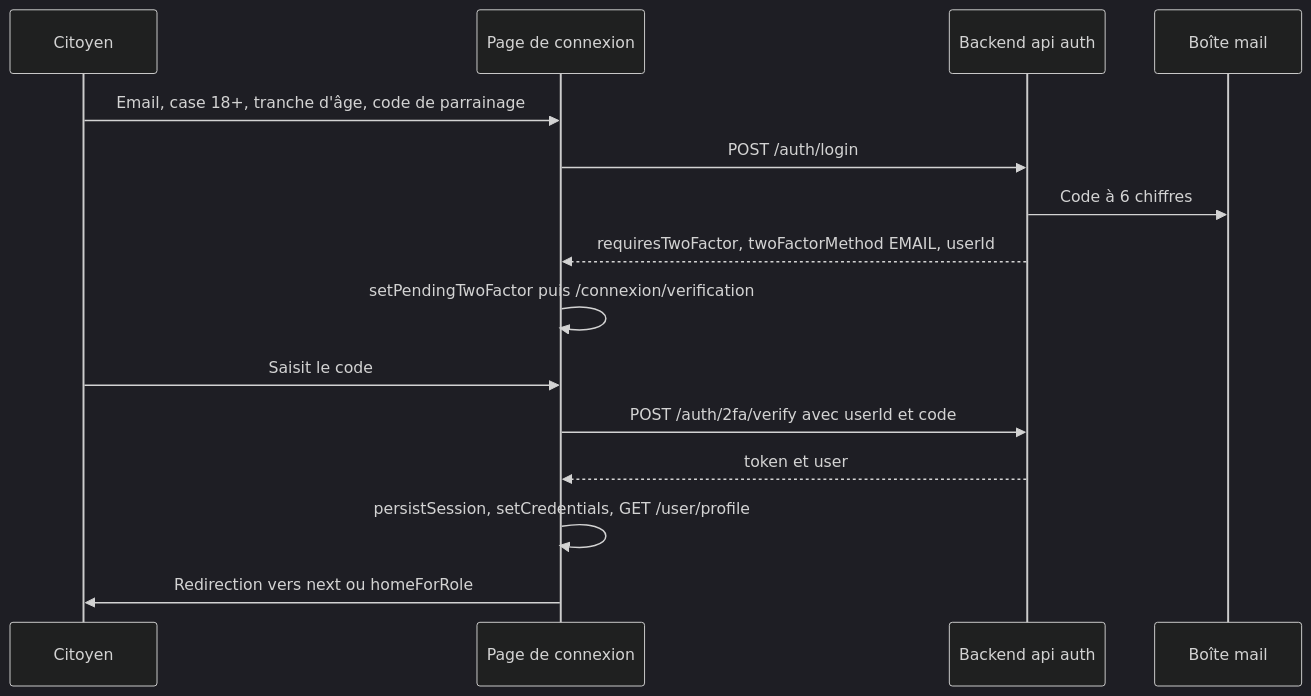
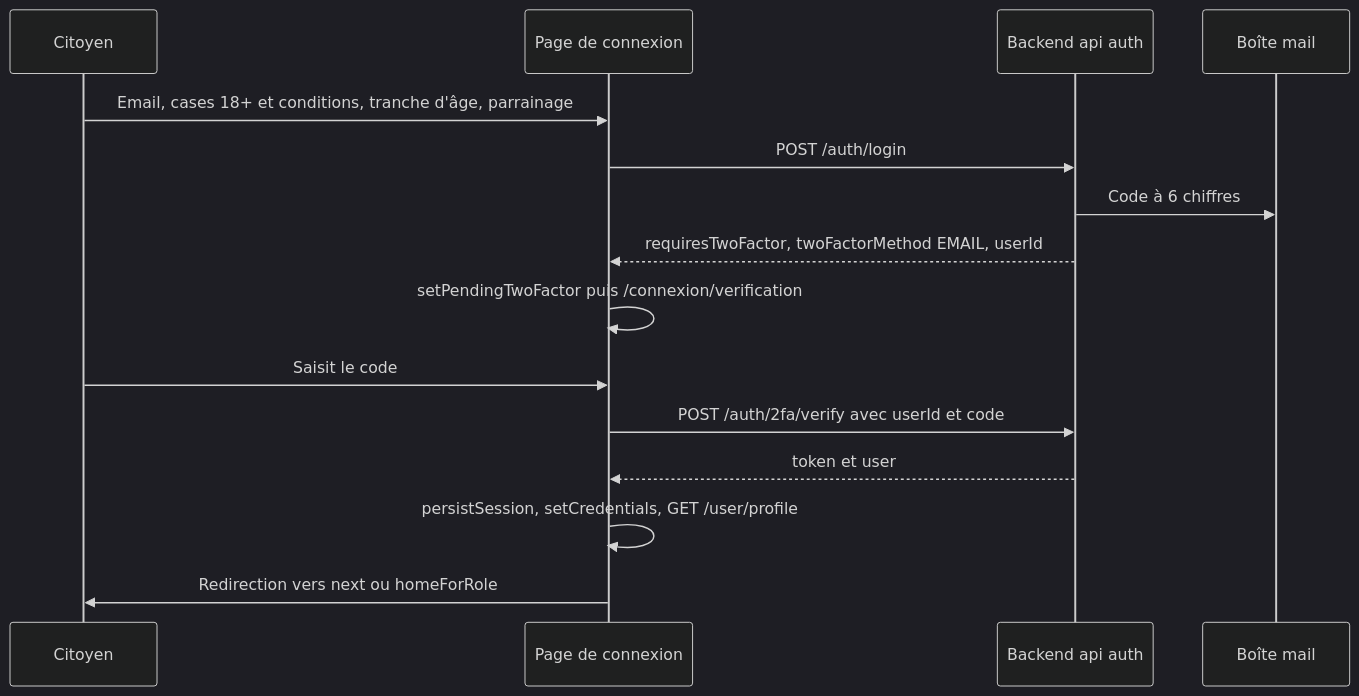
One commit to MarceauTDML/BlockLucky changed the first of 2 diagrams in documentation-officielle/content/web/authentification.md. Above: the diagram before and after it, drawn with Mermaid (dark theme). The commit also changed other lines of this file and 402 other files, not shown here.

````diff
--- a/documentation-officielle/content/web/authentification.md
+++ b/documentation-officielle/content/web/authentification.md
@@ -20,17 +20,17 @@
 ```mermaid
 sequenceDiagram
   participant U as Citoyen
   participant W as Page de connexion
   participant A as Backend api auth
   participant M as Boîte mail
-  U->>W: Email, case 18+, tranche d'âge, code de parrainage
+  U->>W: Email, cases 18+ et conditions, tranche d'âge, parrainage
   W->>A: POST /auth/login
   A->>M: Code à 6 chiffres
   A-->>W: requiresTwoFactor, twoFactorMethod EMAIL, userId
   W->>W: setPendingTwoFactor puis /connexion/verification
   U->>W: Saisit le code
   W->>A: POST /auth/2fa/verify avec userId et code
   A-->>W: token et user
   W->>W: persistSession, setCredentials, GET /user/profile
   W->>U: Redirection vers next ou homeForRole
 ```
````
